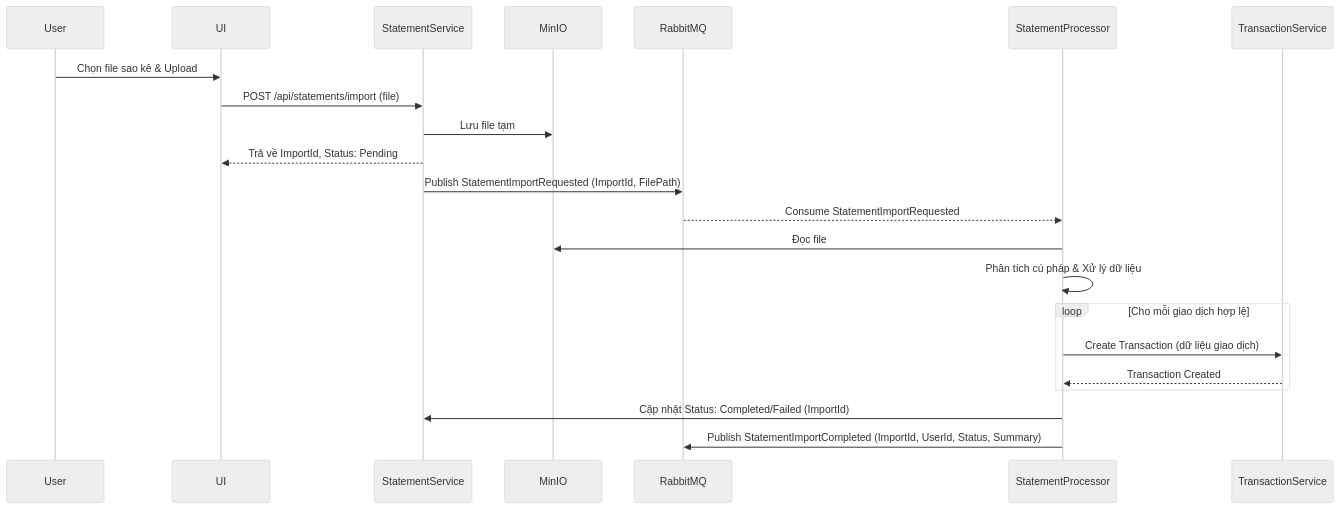
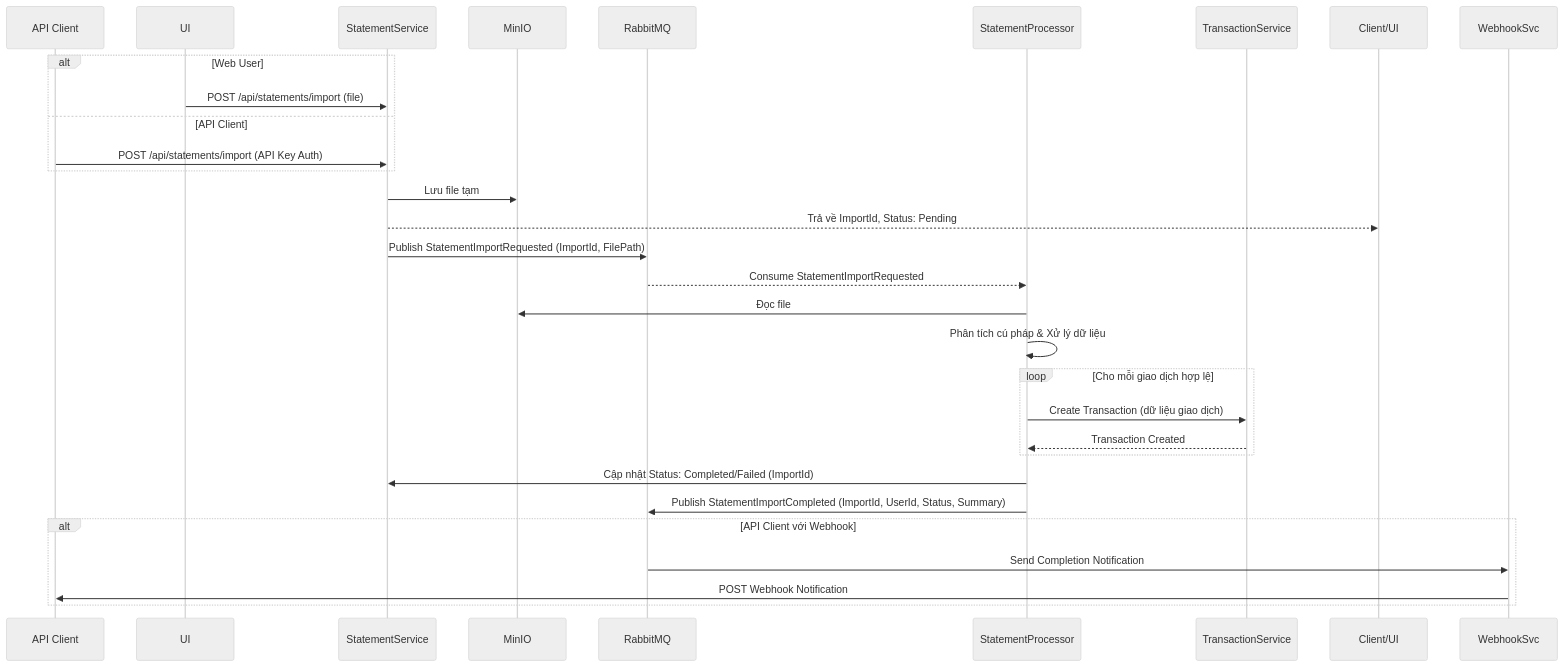
Before and after one commit to vinhltt/3_tihomo: the fourth of 4 diagrams in design-docs/02-business-design/comprehensive-business-analysis.md, drawn with Mermaid (neutral theme). The commit also changed other lines of this file and 12 other files, not shown here.

First line of the commit message:
feat(api): Update design Enhanced API Key Management system

````diff
--- a/design-docs/02-business-design/comprehensive-business-analysis.md
+++ b/design-docs/02-business-design/comprehensive-business-analysis.md
@@ -229,25 +389,34 @@
 ```mermaid
 sequenceDiagram
-    participant User
+    participant Client as API Client
     participant UI
     participant StmtSvc as StatementService
     participant MinIO
     participant MsgBus as RabbitMQ
     participant StmtProc as StatementProcessor
     participant TranSvc as TransactionService
 
-    User->>UI: Chọn file sao kê & Upload
-    UI->>StmtSvc: POST /api/statements/import (file)
+    alt Web User
+        UI->>StmtSvc: POST /api/statements/import (file)
+    else API Client
+        Client->>StmtSvc: POST /api/statements/import (API Key Auth)
+    end
+    
     StmtSvc->>MinIO: Lưu file tạm
-    StmtSvc-->>UI: Trả về ImportId, Status: Pending
+    StmtSvc-->>Client/UI: Trả về ImportId, Status: Pending
     StmtSvc->>MsgBus: Publish StatementImportRequested (ImportId, FilePath)
     MsgBus-->>StmtProc: Consume StatementImportRequested
     StmtProc->>MinIO: Đọc file
     StmtProc->>StmtProc: Phân tích cú pháp & Xử lý dữ liệu
     loop Cho mỗi giao dịch hợp lệ
         StmtProc->>TranSvc: Create Transaction (dữ liệu giao dịch)
         TranSvc-->>StmtProc: Transaction Created
     end
     StmtProc->>StmtSvc: Cập nhật Status: Completed/Failed (ImportId)
-    StmtProc->>MsgBus: Publish StatementImportCompleted (ImportId, UserId, Status, Summary) # Optional notification
+    StmtProc->>MsgBus: Publish StatementImportCompleted (ImportId, UserId, Status, Summary)
+    
+    alt API Client với Webhook
+        MsgBus->>WebhookSvc: Send Completion Notification
+        WebhookSvc->>Client: POST Webhook Notification
+    end
 ```
````
